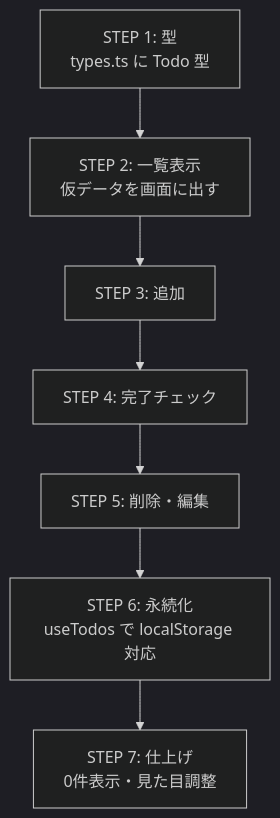
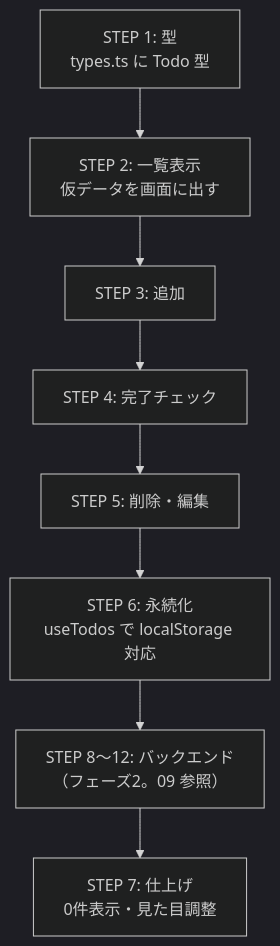
The diagram in docs/05-directory-and-steps.md (skomine-gb/todo-app), drawn with Mermaid (dark theme) before and after one commit. The commit also changed other lines of this file and 11 other files, not shown here.

Commit message:
docs: フェーズ2（バックエンド）の設計ドキュメント 06〜09 を追加し既存を更新

````diff
--- a/docs/05-directory-and-steps.md
+++ b/docs/05-directory-and-steps.md
@@ -46,9 +59,10 @@
 ```mermaid
 flowchart TD
     S1["STEP 1: 型<br/>types.ts に Todo 型"] --> S2["STEP 2: 一覧表示<br/>仮データを画面に出す"]
     S2 --> S3["STEP 3: 追加"]
     S3 --> S4["STEP 4: 完了チェック"]
     S4 --> S5["STEP 5: 削除・編集"]
     S5 --> S6["STEP 6: 永続化<br/>useTodos で localStorage 対応"]
-    S6 --> S7["STEP 7: 仕上げ<br/>0件表示・見た目調整"]
+    S6 --> S8["STEP 8〜12: バックエンド<br/>（フェーズ2。09 参照）"]
+    S8 --> S7["STEP 7: 仕上げ<br/>0件表示・見た目調整"]
 ```
````
